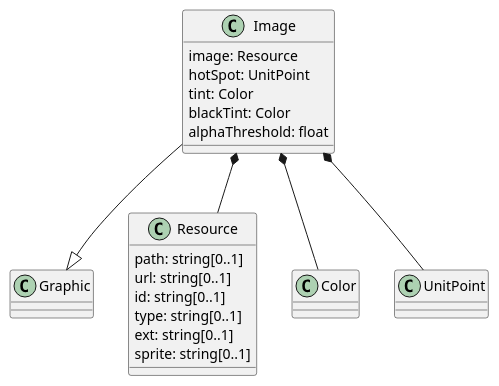
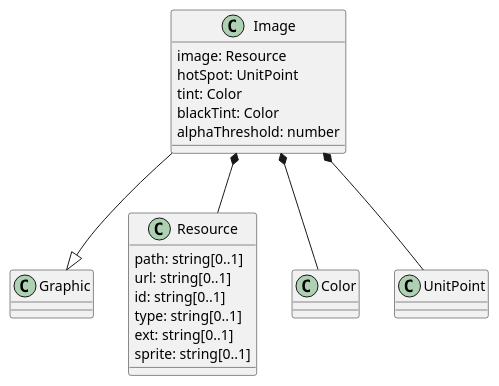
The ninth of 10 diagrams in 1-core/sections/clause_8_vector.adoc (opengeospatial/cartographic-symbology), drawn with PlantUML before and after one commit. The commit also changed other lines of this file and 16 other files, not shown here.

```diff
--- a/1-core/sections/clause_8_vector.adoc
+++ b/1-core/sections/clause_8_vector.adoc
@@ -332,21 +332,21 @@
 [plantuml, target=diagram-classes, format=png]
 ....
 @startuml
 Image --|> Graphic
 Image  : image: Resource
 Image  : hotSpot: UnitPoint
 Image  : tint: Color
 Image  : blackTint: Color
-Image  : alphaThreshold: float
+Image  : alphaThreshold: number
 Image *-- Resource
 Image *-- Color
 Image *-- UnitPoint
 
 Resource : path: string[0..1]
 Resource : url: string[0..1]
 Resource : id: string[0..1]
 Resource : type: string[0..1]
 Resource : ext: string[0..1]
 Resource : sprite: string[0..1]
 @enduml
 ....
```
